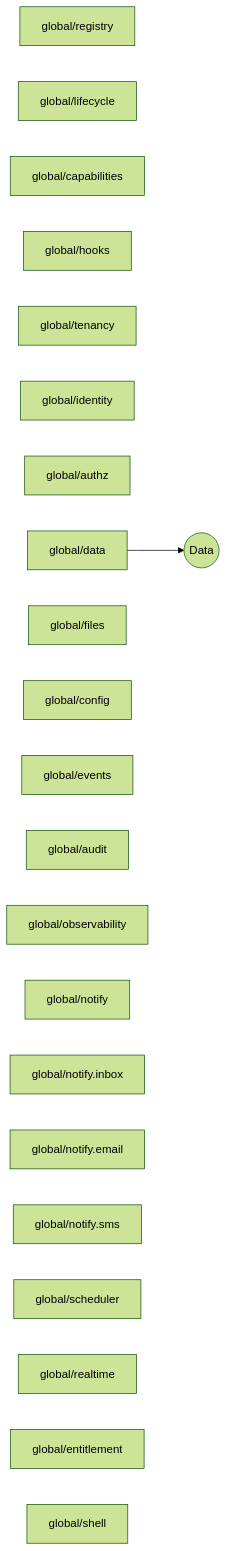
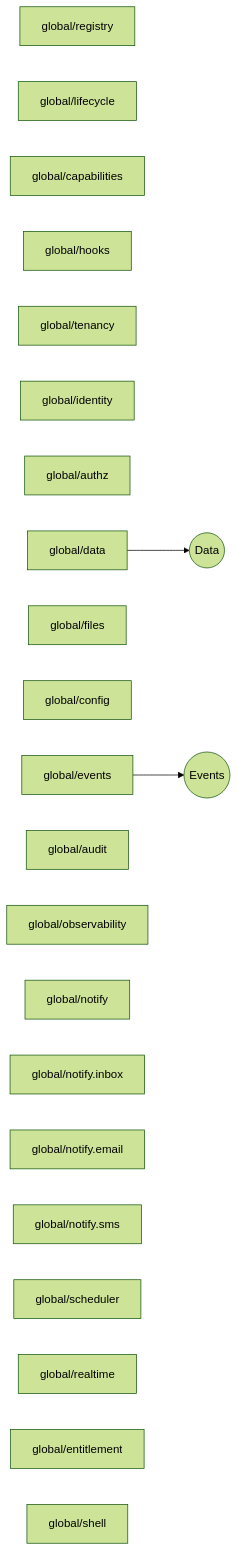
The diagram in docs/generated/seam-graph.md (idadawn/qian), drawn with Mermaid (forest theme) before and after one commit. The commit also changed other lines of this file and 2 other files, not shown here.

Commit message:
docs(generated): 按当前源码重新生成派生文档 [S1-QA-009]
S1-EVT-001（idadawn/qian#73，8e983747a）改了 qian.events 配置 Schema、在 platform profile
加了 Events seam、让 CommandPipeline.cs 的生产方行号移位，但没有重新生成 docs/generated。
本次用 pnpm exec qian docs generate --profile platform 重新生成；结果与 CI 运行
38454069285（Linux）在同一输入下上传的产物逐字节一致。

````diff
--- a/docs/generated/seam-graph.md
+++ b/docs/generated/seam-graph.md
@@ -11,26 +12,28 @@
 ```mermaid
 flowchart LR
   n0["global/registry"]
   n1["global/lifecycle"]
   n2["global/capabilities"]
   n3["global/hooks"]
   n4["global/tenancy"]
   n5["global/identity"]
   n6["global/authz"]
   n7["global/data"]
   n8["global/files"]
   n9["global/config"]
   n10["global/events"]
   n11["global/audit"]
   n12["global/observability"]
   n13["global/notify"]
   n14["global/notify.inbox"]
   n15["global/notify.email"]
   n16["global/notify.sms"]
   n17["global/scheduler"]
   n18["global/realtime"]
   n19["global/entitlement"]
   n20["global/shell"]
   s0(("Data"))
   n7 --> s0
+  s1(("Events"))
+  n10 --> s1
 ```
````
